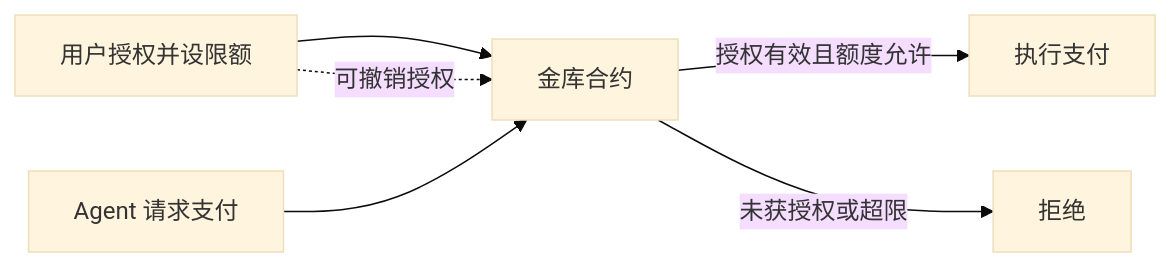
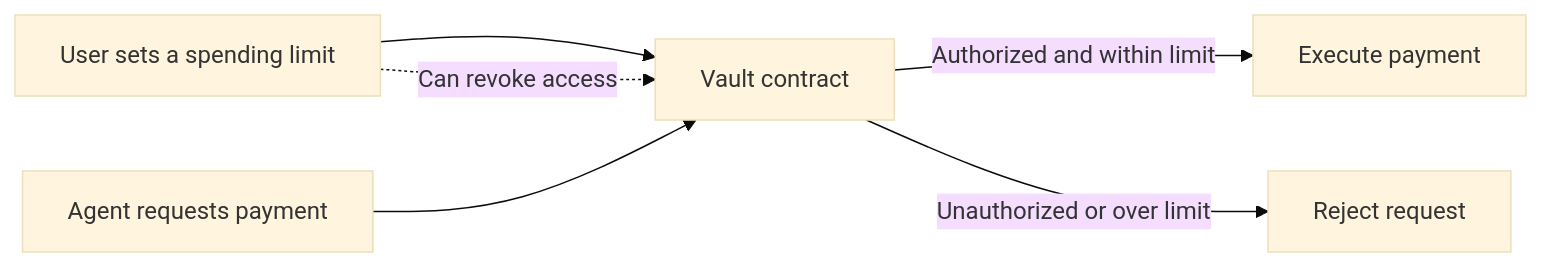
Before and after one commit to HOLYGITHUBUSER/HOLYGITHUBUSER: the diagram in README.md, drawn with Mermaid (base theme). The commit also changed other lines of this file, not shown here.

Commit message:
将个人主页文案与图表标签统一为英文

````diff
--- a/README.md
+++ b/README.md
@@ -13,8 +13,8 @@
 ```mermaid
 flowchart LR
-  U["用户授权并设限额"] --> V["金库合约"]
-  A["Agent 请求支付"] --> V
-  V -->|"授权有效且额度允许"| P["执行支付"]
-  V -->|"未获授权或超限"| R["拒绝"]
-  U -. 可撤销授权 .-> V
+  U["User sets a spending limit"] --> V["Vault contract"]
+  A["Agent requests payment"] --> V
+  V -->|"Authorized and within limit"| P["Execute payment"]
+  V -->|"Unauthorized or over limit"| R["Reject request"]
+  U -.->|"Can revoke access"| V
 ```
````
